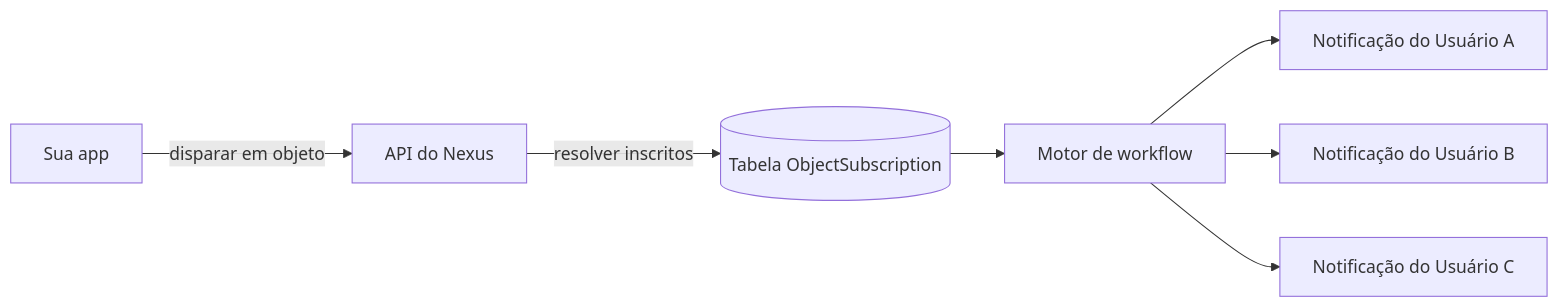
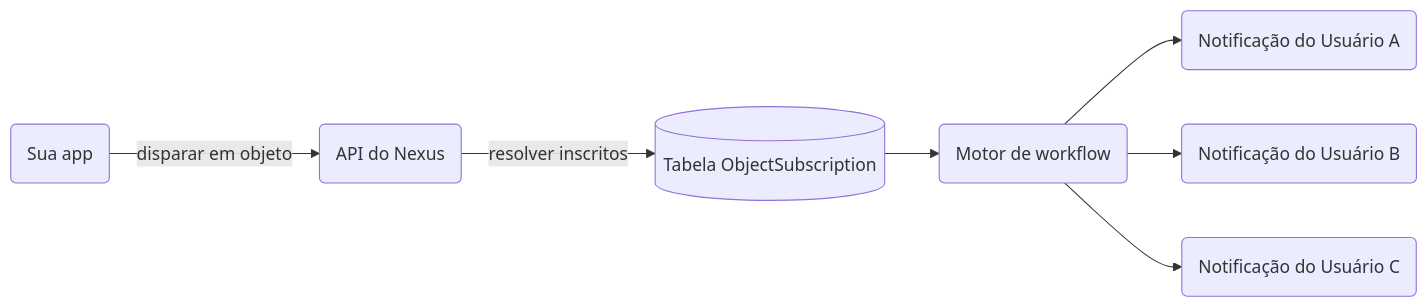
Before and after one commit to KriyanshKhunt/nexus_docs: the diagram in content/docs/pt/platform/features/objects-subscriptions.mdx, drawn with Mermaid. The commit also changed 20 other files, not shown here.

Commit message:
Handle pt Mermaid charts

````diff
--- a/content/docs/pt/platform/features/objects-subscriptions.mdx
+++ b/content/docs/pt/platform/features/objects-subscriptions.mdx
@@ -20,9 +20,9 @@
 ```mermaid
 flowchart LR
-  App[Sua app] -->|disparar em objeto| Nexus[API do Nexus]
+  App(Sua app) -->|disparar em objeto| Nexus(API do Nexus)
   Nexus -->|resolver inscritos| DB[(Tabela ObjectSubscription)]
-  DB --> W[Motor de workflow]
-  W --> U1[Notificação do Usuário A]
-  W --> U2[Notificação do Usuário B]
-  W --> U3[Notificação do Usuário C]
+  DB --> W(Motor de workflow)
+  W --> U1(Notificação do Usuário A)
+  W --> U2(Notificação do Usuário B)
+  W --> U3(Notificação do Usuário C)
 ```
````
